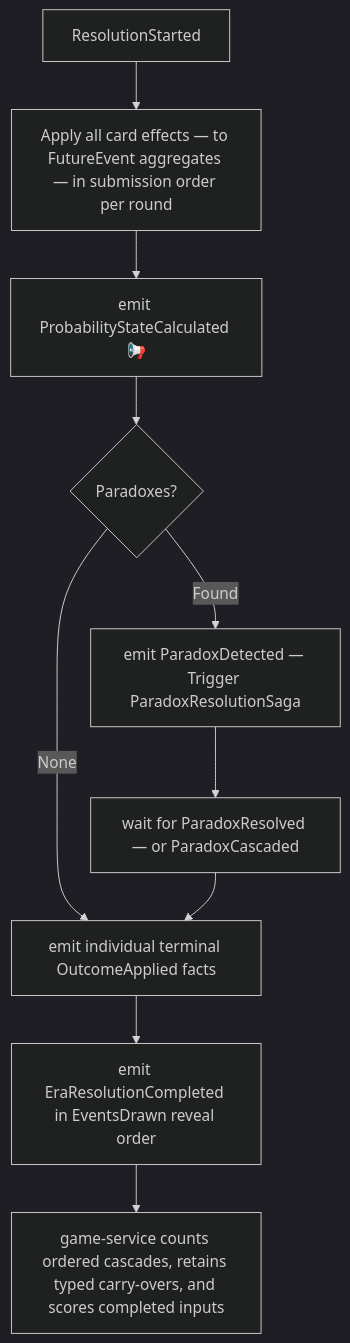
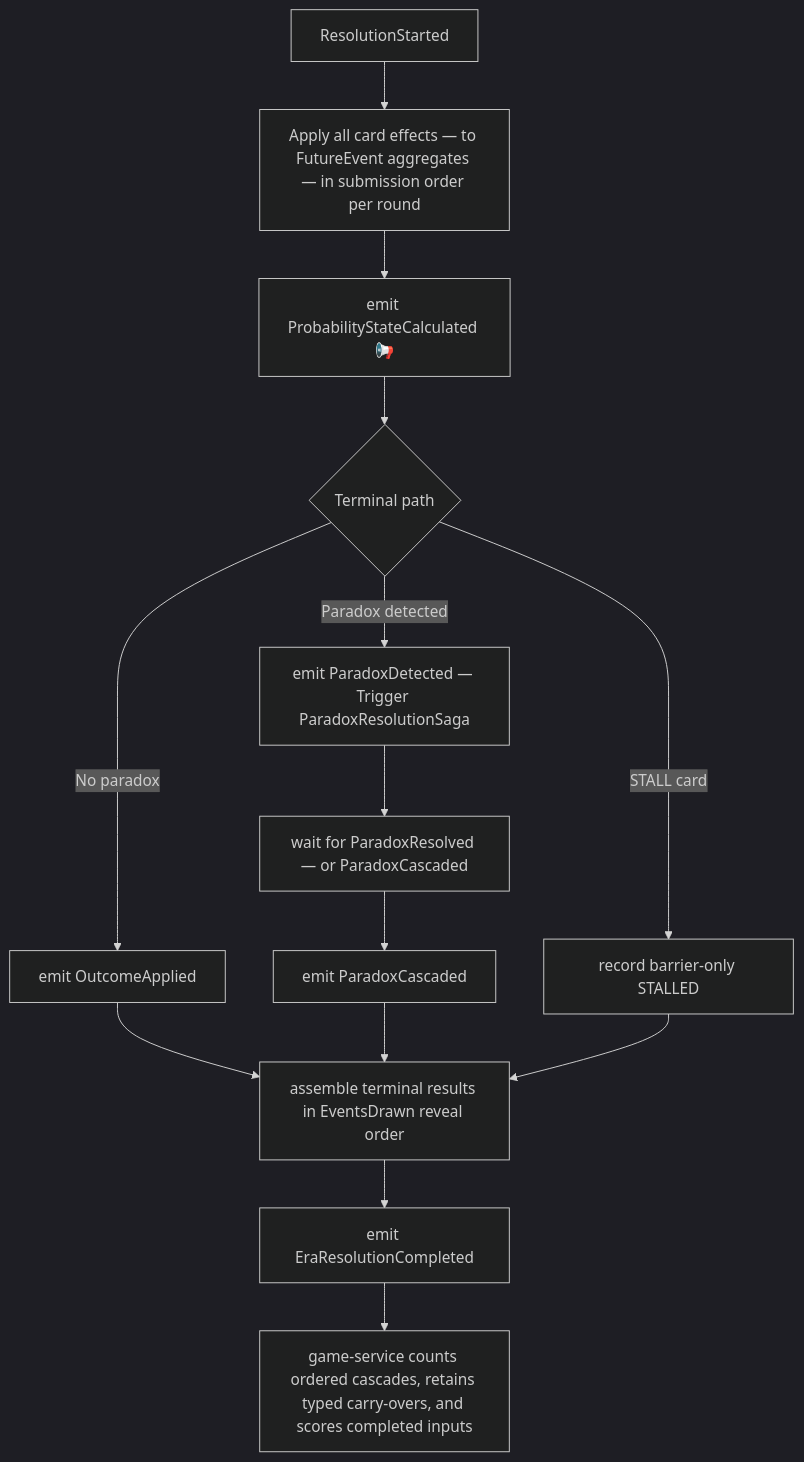
One commit to temporal-rift/docs changed the diagram in sagas/resolution.mdx. Above: the diagram before and after it, drawn with Mermaid (dark theme).

Commit message:
docs: distinguish resolution terminal paths

````diff
--- a/sagas/resolution.mdx
+++ b/sagas/resolution.mdx
@@ -11,12 +11,16 @@
 ```mermaid
 flowchart TD
   A[ResolutionStarted] --> B[Apply all card effects — to FutureEvent aggregates — in submission order per round]
   B --> C[emit ProbabilityStateCalculated 📢]
-  C --> D{Paradoxes?}
-  D -->|None| E[emit individual terminal OutcomeApplied facts]
-  D -->|Found| F[emit ParadoxDetected — Trigger ParadoxResolutionSaga]
+  C --> D{Terminal path}
+  D -->|No paradox| E[emit OutcomeApplied]
+  D -->|Paradox detected| F[emit ParadoxDetected — Trigger ParadoxResolutionSaga]
   F --> G[wait for ParadoxResolved — or ParadoxCascaded]
-  G --> E
-  E --> H[emit EraResolutionCompleted in EventsDrawn reveal order]
-  H --> I[game-service counts ordered cascades, retains typed carry-overs, and scores completed inputs]
+  G --> H[emit ParadoxCascaded]
+  D -->|STALL card| I[record barrier-only STALLED]
+  E --> J[assemble terminal results in EventsDrawn reveal order]
+  H --> J
+  I --> J
+  J --> K[emit EraResolutionCompleted]
+  K --> L[game-service counts ordered cascades, retains typed carry-overs, and scores completed inputs]
 ```
````
